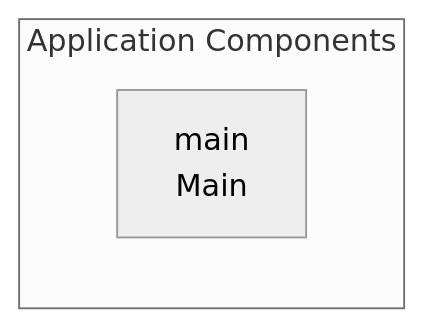
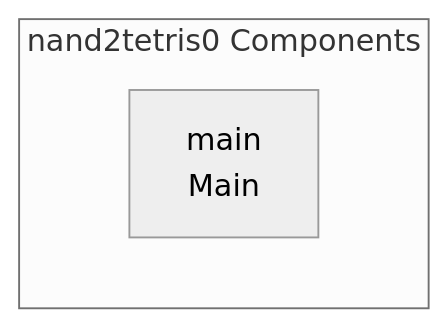
One commit to Punyamittal/nand2tetris0 changed the third of 3 diagrams in README.md. Above: the diagram before and after it, drawn with Mermaid (neutral theme). The commit also changed other lines of this file, not shown here.

````diff
--- a/README.md
+++ b/README.md
@@ -98,6 +81,6 @@
 ```mermaid
 graph LR
-    subgraph App["Application Components"]
+    subgraph App["nand2tetris0 Components"]
         main["main<br/>Main"]
     end
 ```
````
